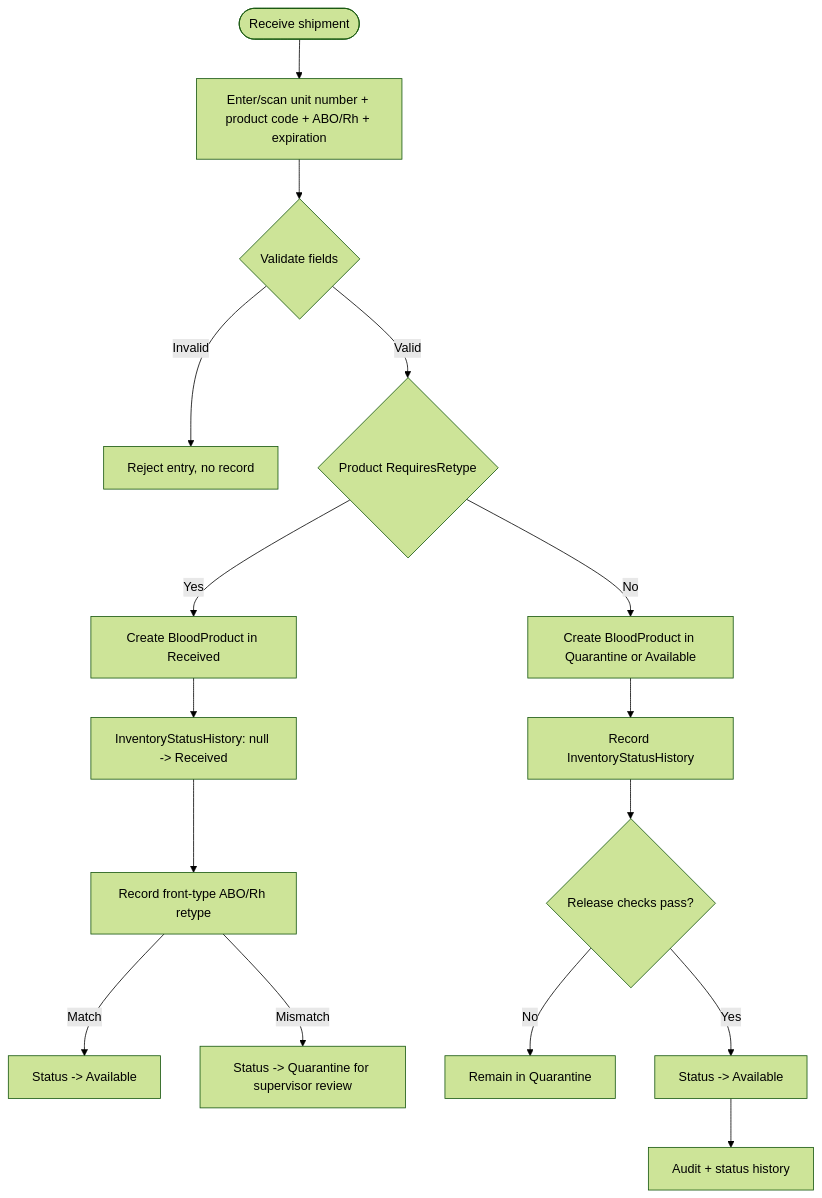
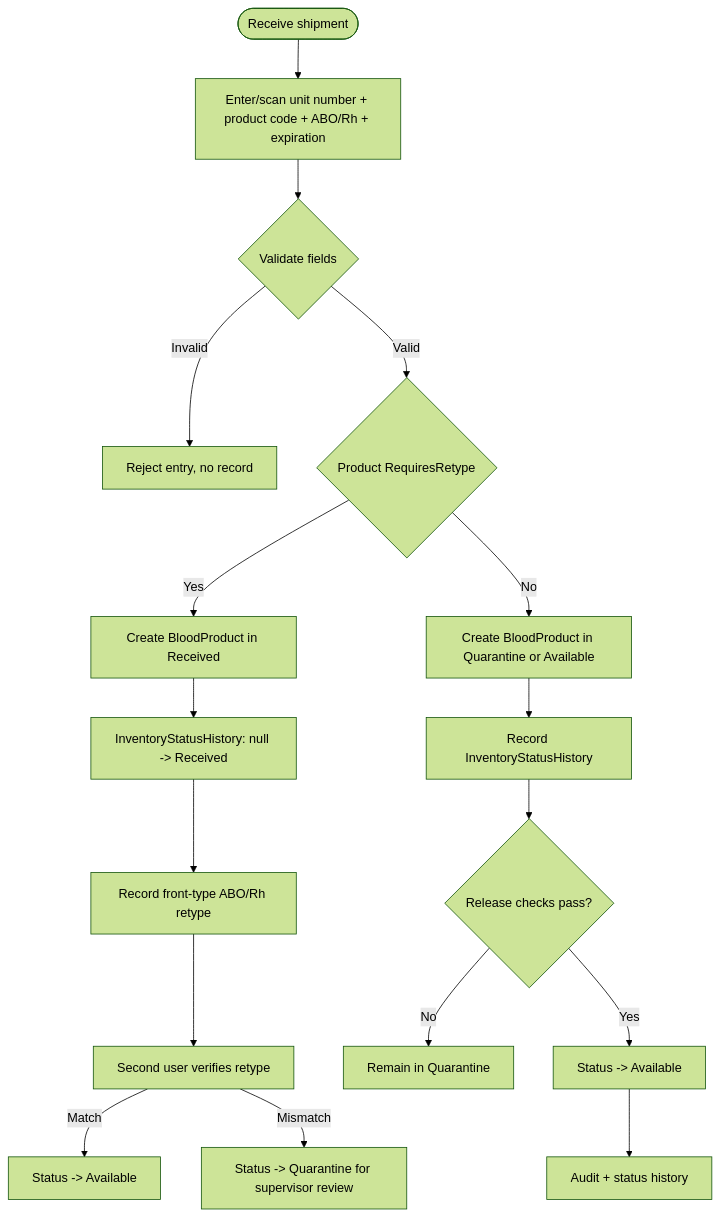
The first of 11 diagrams in docs/workflows.md (drpitts13/greyhound-blood-bank-system), drawn with Mermaid (forest theme) before and after one commit. The commit also changed other lines of this file and 15 other files, not shown here.

Commit message:
Require a second user to verify unit ABO/Rh retype before release.

````diff
--- a/docs/workflows.md
+++ b/docs/workflows.md
@@ -11,18 +11,19 @@
 ```mermaid
 flowchart TD
     a([Receive shipment]) --> b[Enter/scan unit number + product code + ABO/Rh + expiration]
     b --> c{Validate fields}
     c -->|Invalid| r[Reject entry, no record]
     c -->|Valid| flag{Product RequiresRetype}
     flag -->|Yes| rec[Create BloodProduct in Received]
     rec --> histR[InventoryStatusHistory: null -> Received]
     histR --> retype[Record front-type ABO/Rh retype]
-    retype -->|Match| avail[Status -> Available]
-    retype -->|Mismatch| q2[Status -> Quarantine for supervisor review]
+    retype --> verify[Second user verifies retype]
+    verify -->|Match| avail[Status -> Available]
+    verify -->|Mismatch| q2[Status -> Quarantine for supervisor review]
     flag -->|No| d[Create BloodProduct in Quarantine or Available]
     d --> e[Record InventoryStatusHistory]
     e --> f{Release checks pass?}
     f -->|No| q[Remain in Quarantine]
     f -->|Yes| g[Status -> Available]
     g --> h[Audit + status history]
 ```
````
